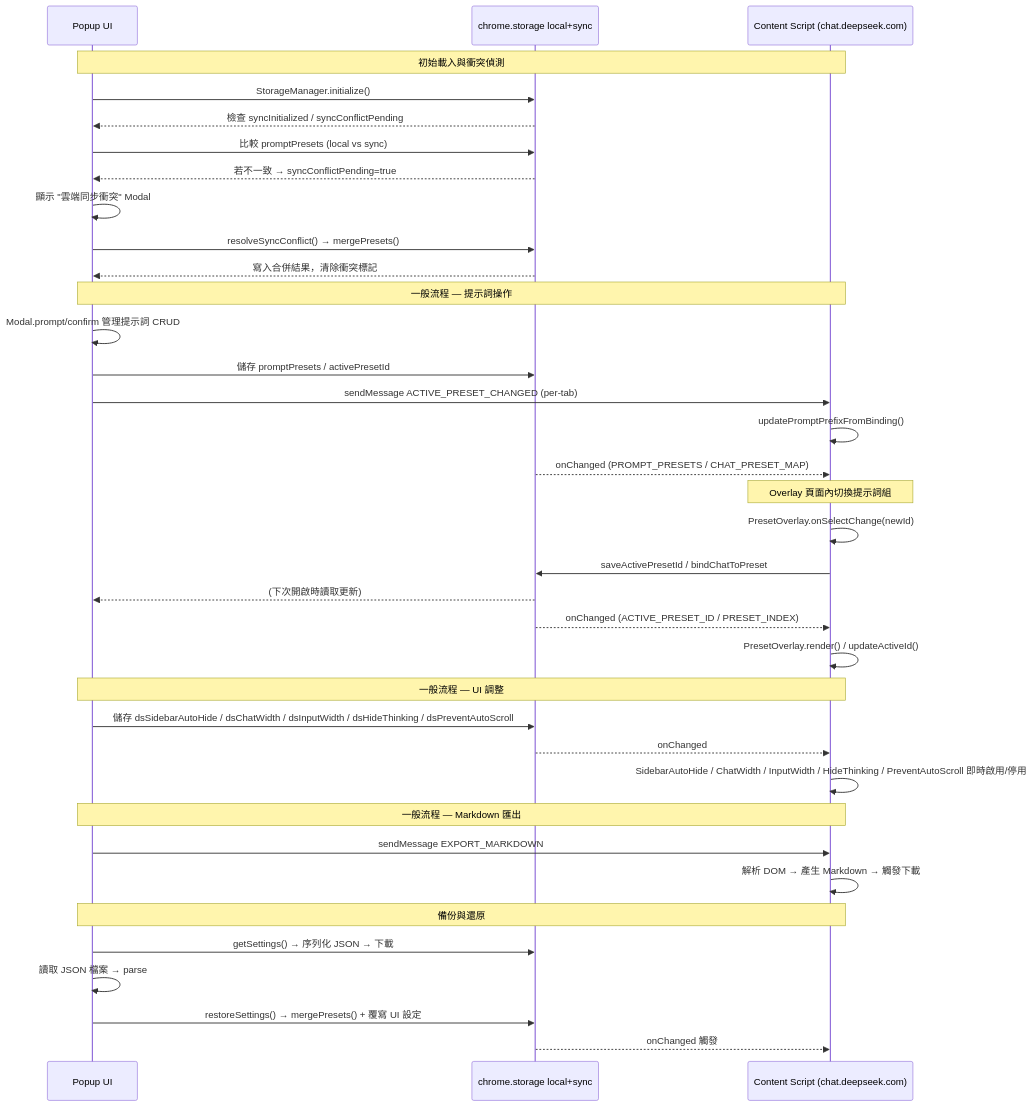
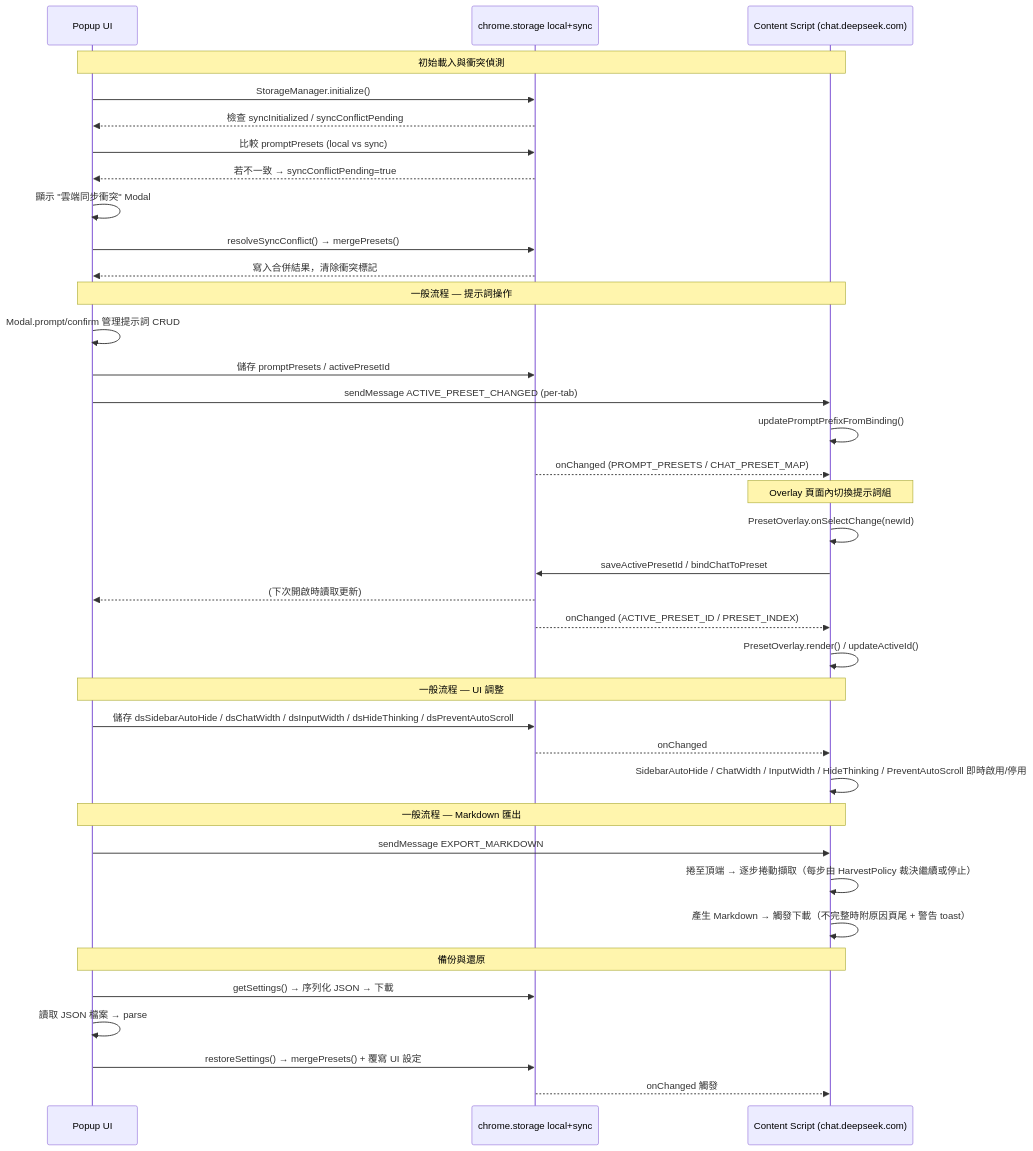
Before and after one commit to sov1n14/ds-studio: the diagram in docs/ARCHITECTURE.md, drawn with Mermaid. The commit also changed other lines of this file and 18 other files, not shown here.

````diff
--- a/docs/ARCHITECTURE.md
+++ b/docs/ARCHITECTURE.md
@@ -153,44 +155,45 @@
 ```mermaid
 sequenceDiagram
     participant Popup as Popup UI
     participant Storage as chrome.storage local+sync
     participant Content as Content Script (chat.deepseek.com)
 
     Note over Popup,Content: 初始載入與衝突偵測
     Popup->>Storage: StorageManager.initialize()
     Storage-->>Popup: 檢查 syncInitialized / syncConflictPending
     Popup->>Storage: 比較 promptPresets (local vs sync)
     Storage-->>Popup: 若不一致 → syncConflictPending=true
     Popup->>Popup: 顯示 "雲端同步衝突" Modal
     Popup->>Storage: resolveSyncConflict() → mergePresets()
     Storage-->>Popup: 寫入合併結果，清除衝突標記
 
     Note over Popup,Content: 一般流程 — 提示詞操作
     Popup->>Popup: Modal.prompt/confirm 管理提示詞 CRUD
     Popup->>Storage: 儲存 promptPresets / activePresetId
     Popup->>Content: sendMessage ACTIVE_PRESET_CHANGED (per-tab)
     Content->>Content: updatePromptPrefixFromBinding()
     Storage-->>Content: onChanged (PROMPT_PRESETS / CHAT_PRESET_MAP)
 
     Note over Content: Overlay 頁面內切換提示詞組
     Content->>Content: PresetOverlay.onSelectChange(newId)
     Content->>Storage: saveActivePresetId / bindChatToPreset
     Storage-->>Popup: (下次開啟時讀取更新)
     Storage-->>Content: onChanged (ACTIVE_PRESET_ID / PRESET_INDEX)
     Content->>Content: PresetOverlay.render() / updateActiveId()
 
     Note over Popup,Content: 一般流程 — UI 調整
     Popup->>Storage: 儲存 dsSidebarAutoHide / dsChatWidth / dsInputWidth / dsHideThinking / dsPreventAutoScroll
     Storage-->>Content: onChanged
     Content->>Content: SidebarAutoHide / ChatWidth / InputWidth / HideThinking / PreventAutoScroll 即時啟用/停用
 
     Note over Popup,Content: 一般流程 — Markdown 匯出
     Popup->>Content: sendMessage EXPORT_MARKDOWN
-    Content->>Content: 解析 DOM → 產生 Markdown → 觸發下載
+    Content->>Content: 捲至頂端 → 逐步捲動擷取（每步由 HarvestPolicy 裁決繼續或停止）
+    Content->>Content: 產生 Markdown → 觸發下載（不完整時附原因頁尾 + 警告 toast）
 
     Note over Popup,Content: 備份與還原
     Popup->>Storage: getSettings() → 序列化 JSON → 下載
     Popup->>Popup: 讀取 JSON 檔案 → parse
     Popup->>Storage: restoreSettings() → mergePresets() + 覆寫 UI 設定
     Storage-->>Content: onChanged 觸發
 ```
````
